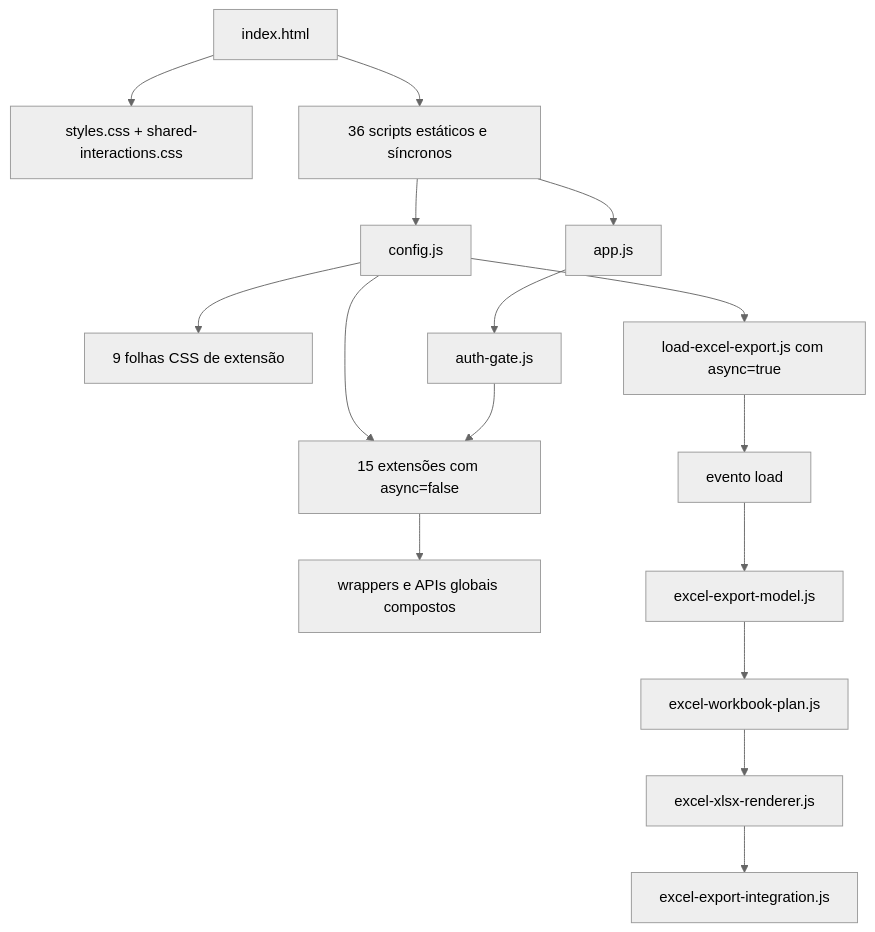
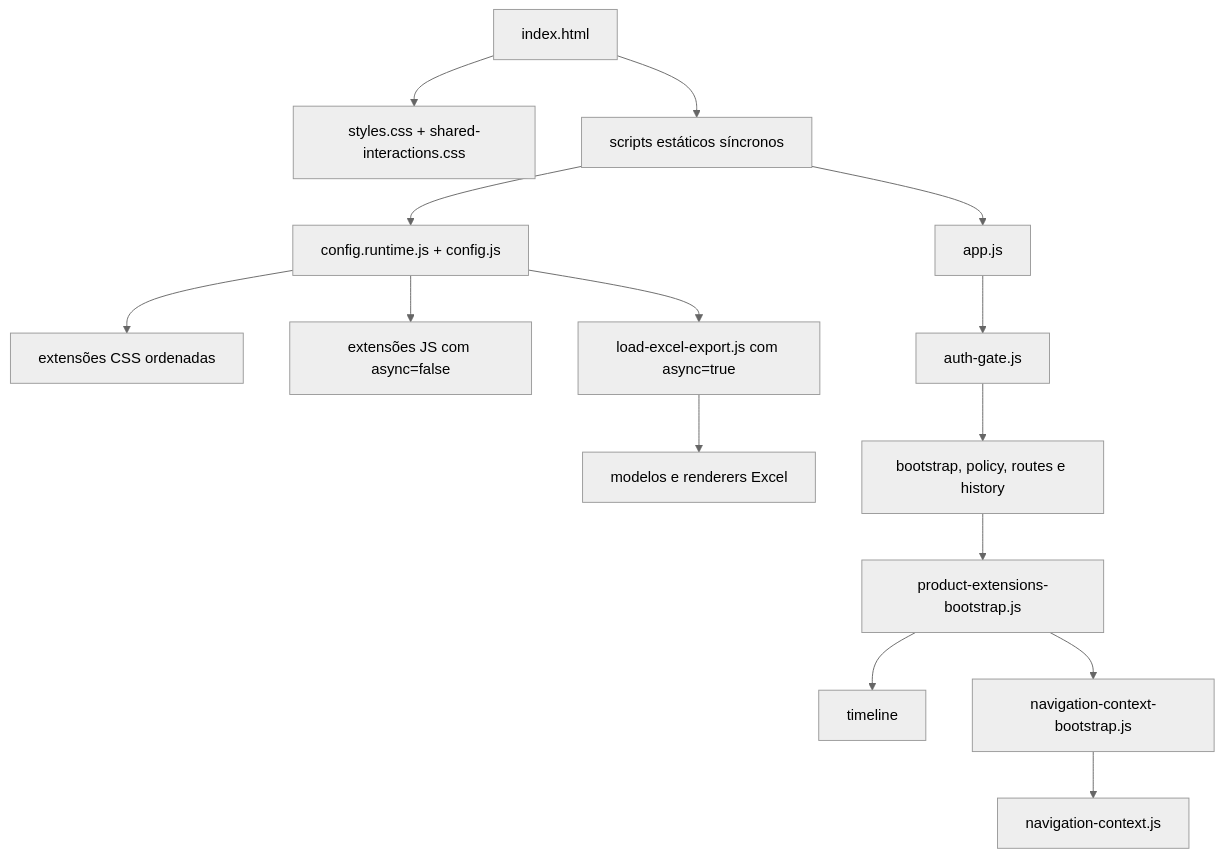
Before and after one commit to WilsonMPeixoto-2/RADARPDDE: the diagram in docs/architecture/frontend-load-order.md, drawn with Mermaid (neutral theme). The commit also changed other lines of this file, not shown here.

````diff
--- a/docs/architecture/frontend-load-order.md
+++ b/docs/architecture/frontend-load-order.md
@@ -16,18 +34,17 @@
 ```mermaid
 flowchart TD
     HTML["index.html"] --> CSS0["styles.css + shared-interactions.css"]
-    HTML --> STATIC["36 scripts estáticos e síncronos"]
-    STATIC --> CONFIG["config.js"]
-    CONFIG --> CSSX["9 folhas CSS de extensão"]
-    CONFIG --> ORDERED["15 extensões com async=false"]
-    CONFIG --> ASYNC["load-excel-export.js com async=true"]
+    HTML --> STATIC["scripts estáticos síncronos"]
+    STATIC --> CONFIG["config.runtime.js + config.js"]
+    CONFIG --> CSSX["extensões CSS ordenadas"]
+    CONFIG --> ORDERED["extensões JS com async=false"]
+    CONFIG --> EXCEL["load-excel-export.js com async=true"]
     STATIC --> APP["app.js"]
     APP --> AUTH["auth-gate.js"]
-    AUTH --> ORDERED
-    ORDERED --> WRAPPERS["wrappers e APIs globais compostos"]
-    ASYNC --> LOAD["evento load"]
-    LOAD --> EXCEL1["excel-export-model.js"]
-    EXCEL1 --> EXCEL2["excel-workbook-plan.js"]
-    EXCEL2 --> EXCEL3["excel-xlsx-renderer.js"]
-    EXCEL3 --> EXCEL4["excel-export-integration.js"]
+    AUTH --> ROUTES["bootstrap, policy, routes e history"]
+    ROUTES --> PRODUCT["product-extensions-bootstrap.js"]
+    PRODUCT --> TIMELINE["timeline"]
+    PRODUCT --> CONTEXT["navigation-context-bootstrap.js"]
+    CONTEXT --> NAVCTX["navigation-context.js"]
+    EXCEL --> XLSX["modelos e renderers Excel"]
 ```
````
